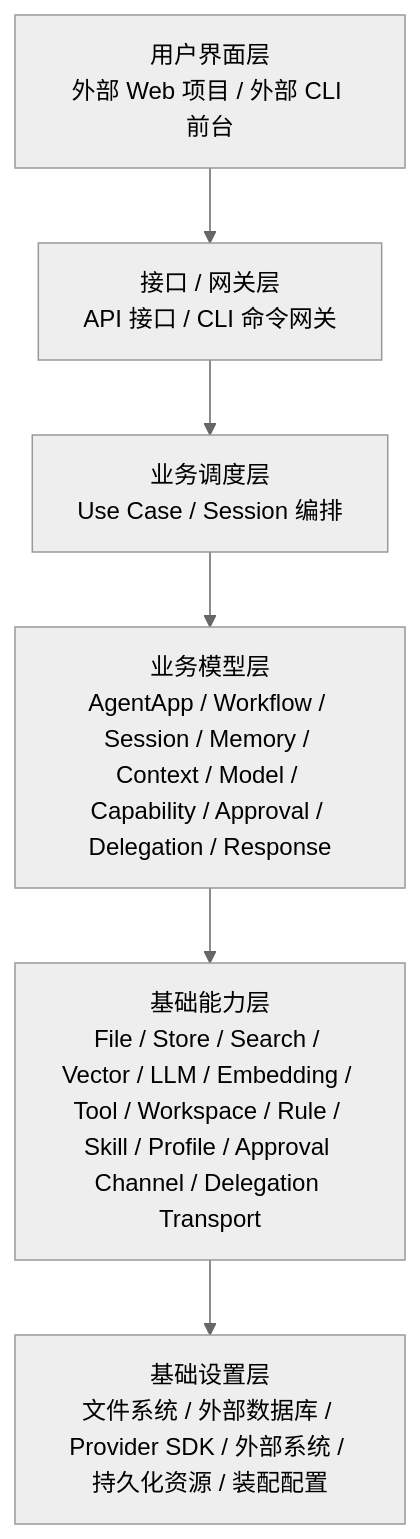
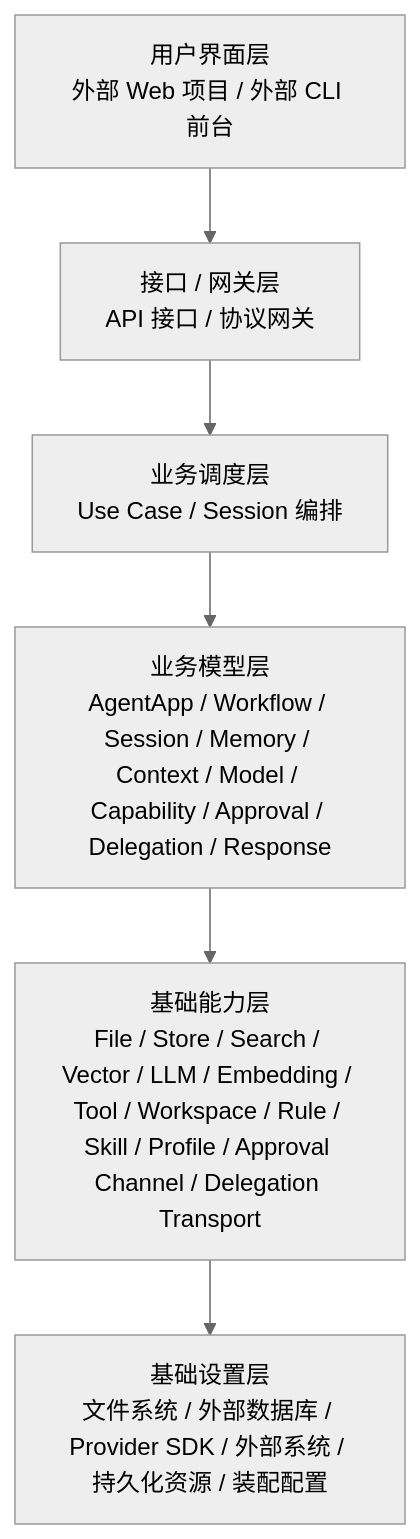
One commit to uroborus2s/shanforge changed the diagram in docs/04-project-development/04-design/agent-platform-architecture.md. Above: the diagram before and after it, drawn with Mermaid (neutral theme). The commit also changed other lines of this file and 479 other files, not shown here.

````diff
--- a/docs/04-project-development/04-design/agent-platform-architecture.md
+++ b/docs/04-project-development/04-design/agent-platform-architecture.md
@@ -26,8 +26,8 @@
 ```mermaid
 flowchart TD
-    UI["用户界面层<br/>外部 Web 项目 / 外部 CLI 前台"] --> GW["接口 / 网关层<br/>API 接口 / CLI 命令网关"]
+    UI["用户界面层<br/>外部 Web 项目 / 外部 CLI 前台"] --> GW["接口 / 网关层<br/>API 接口 / 协议网关"]
     GW --> ORCH["业务调度层<br/>Use Case / Session 编排"]
     ORCH --> MODEL["业务模型层<br/>AgentApp / Workflow / Session / Memory / Context / Model / Capability / Approval / Delegation / Response"]
     MODEL --> CAP["基础能力层<br/>File / Store / Search / Vector / LLM / Embedding / Tool / Workspace / Rule / Skill / Profile / Approval Channel / Delegation Transport"]
     CAP --> SETTING["基础设置层<br/>文件系统 / 外部数据库 / Provider SDK / 外部系统 / 持久化资源 / 装配配置"]
 ```
````
